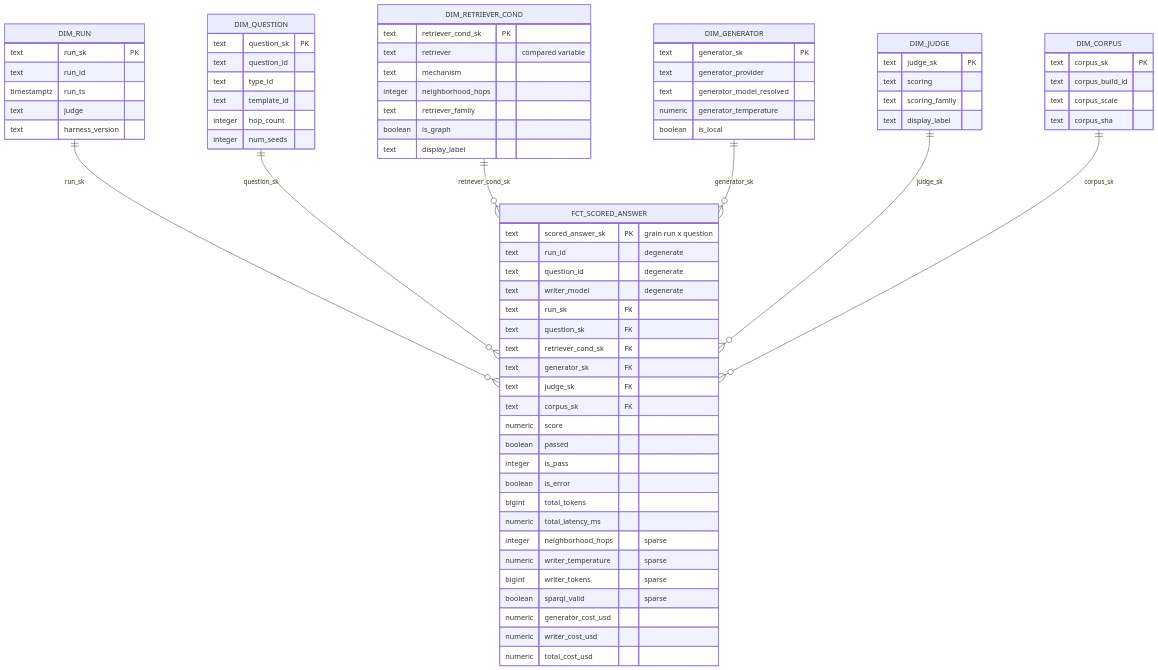
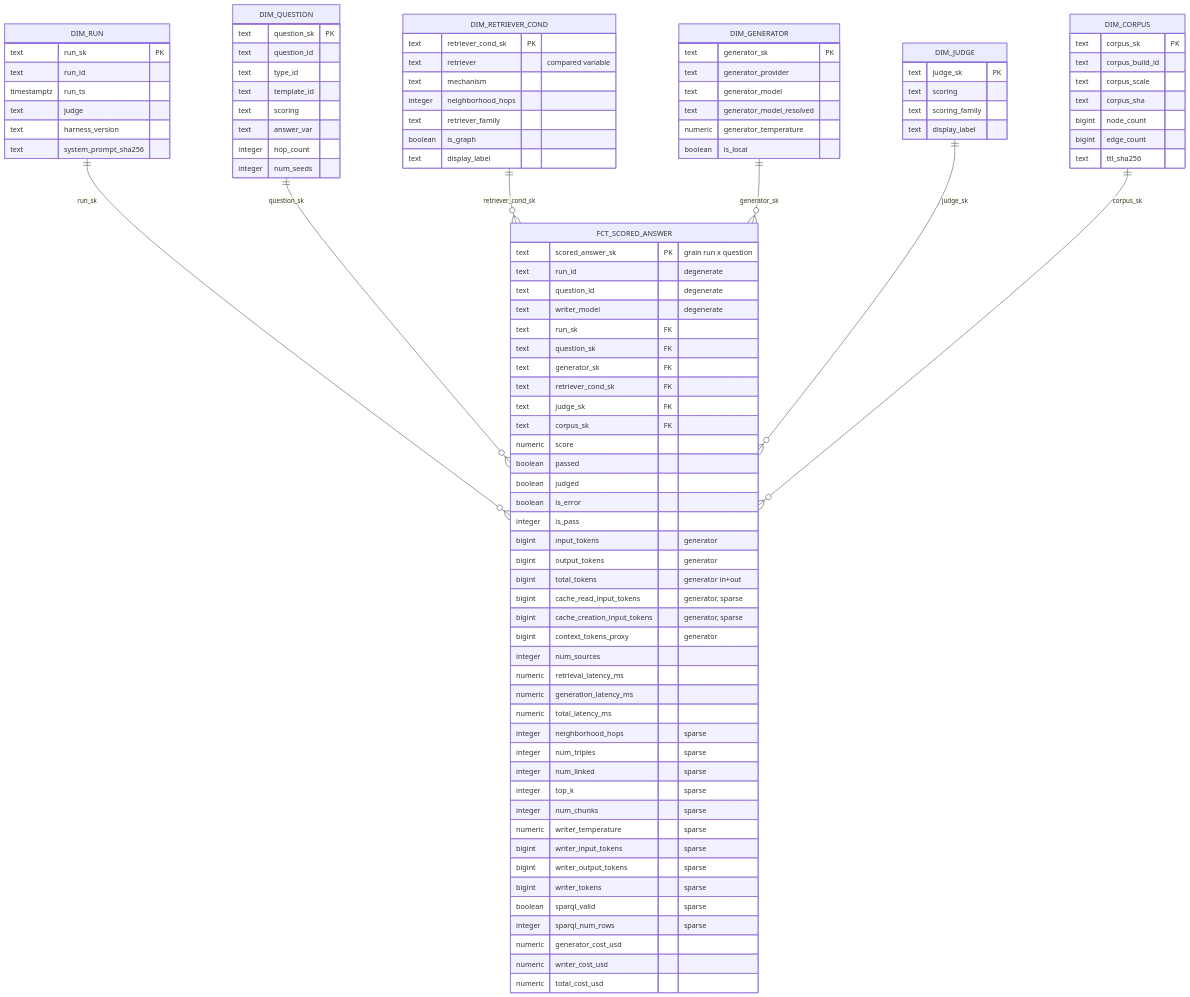
Before and after one commit to joseph-higaki/rag-bench-analytics: the third of 4 diagrams in README.md, drawn with Mermaid. The commit also changed other lines of this file, not shown here.

First line of the commit message:
Complete the README data-model diagrams

````diff
--- a/README.md
+++ b/README.md
@@ -243,20 +307,36 @@
         text writer_model "degenerate"
         text run_sk FK
         text question_sk FK
+        text generator_sk FK
         text retriever_cond_sk FK
-        text generator_sk FK
         text judge_sk FK
         text corpus_sk FK
         numeric score
         boolean passed
+        boolean judged
+        boolean is_error
         integer is_pass
-        boolean is_error
-        bigint total_tokens
+        bigint input_tokens "generator"
+        bigint output_tokens "generator"
+        bigint total_tokens "generator in+out"
+        bigint cache_read_input_tokens "generator, sparse"
+        bigint cache_creation_input_tokens "generator, sparse"
+        bigint context_tokens_proxy "generator"
+        integer num_sources
+        numeric retrieval_latency_ms
+        numeric generation_latency_ms
         numeric total_latency_ms
         integer neighborhood_hops "sparse"
+        integer num_triples "sparse"
+        integer num_linked "sparse"
+        integer top_k "sparse"
+        integer num_chunks "sparse"
         numeric writer_temperature "sparse"
+        bigint writer_input_tokens "sparse"
+        bigint writer_output_tokens "sparse"
         bigint writer_tokens "sparse"
         boolean sparql_valid "sparse"
+        integer sparql_num_rows "sparse"
         numeric generator_cost_usd
         numeric writer_cost_usd
         numeric total_cost_usd
@@ -268,12 +348,15 @@
         timestamptz run_ts
         text judge
         text harness_version
+        text system_prompt_sha256
     }
     DIM_QUESTION {
         text question_sk PK
         text question_id
         text type_id
         text template_id
+        text scoring
+        text answer_var
         integer hop_count
         integer num_seeds
     }
@@ -289,6 +372,7 @@
     DIM_GENERATOR {
         text generator_sk PK
         text generator_provider
+        text generator_model
         text generator_model_resolved
         numeric generator_temperature
         boolean is_local
@@ -304,5 +388,8 @@
         text corpus_build_id
         text corpus_scale
         text corpus_sha
+        bigint node_count
+        bigint edge_count
+        text ttl_sha256
     }
 ```
````
